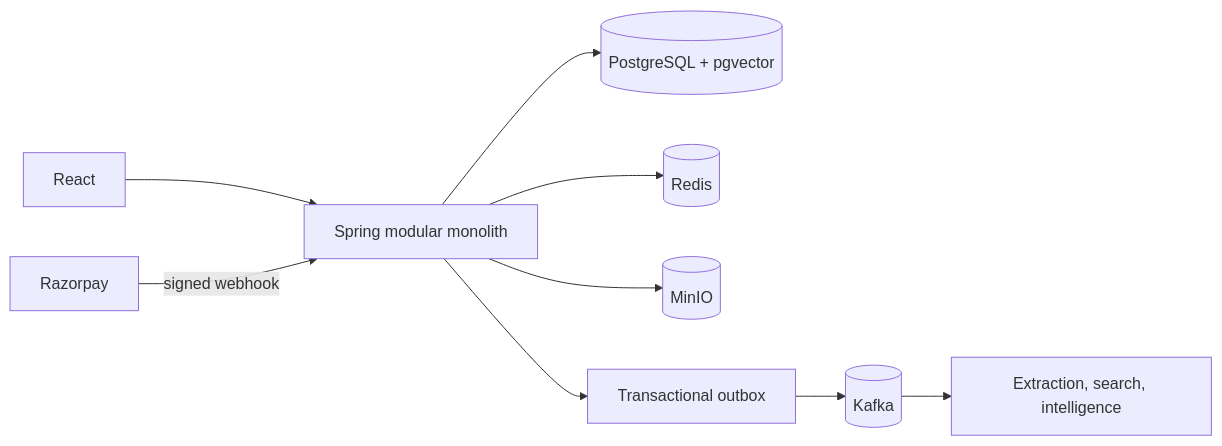
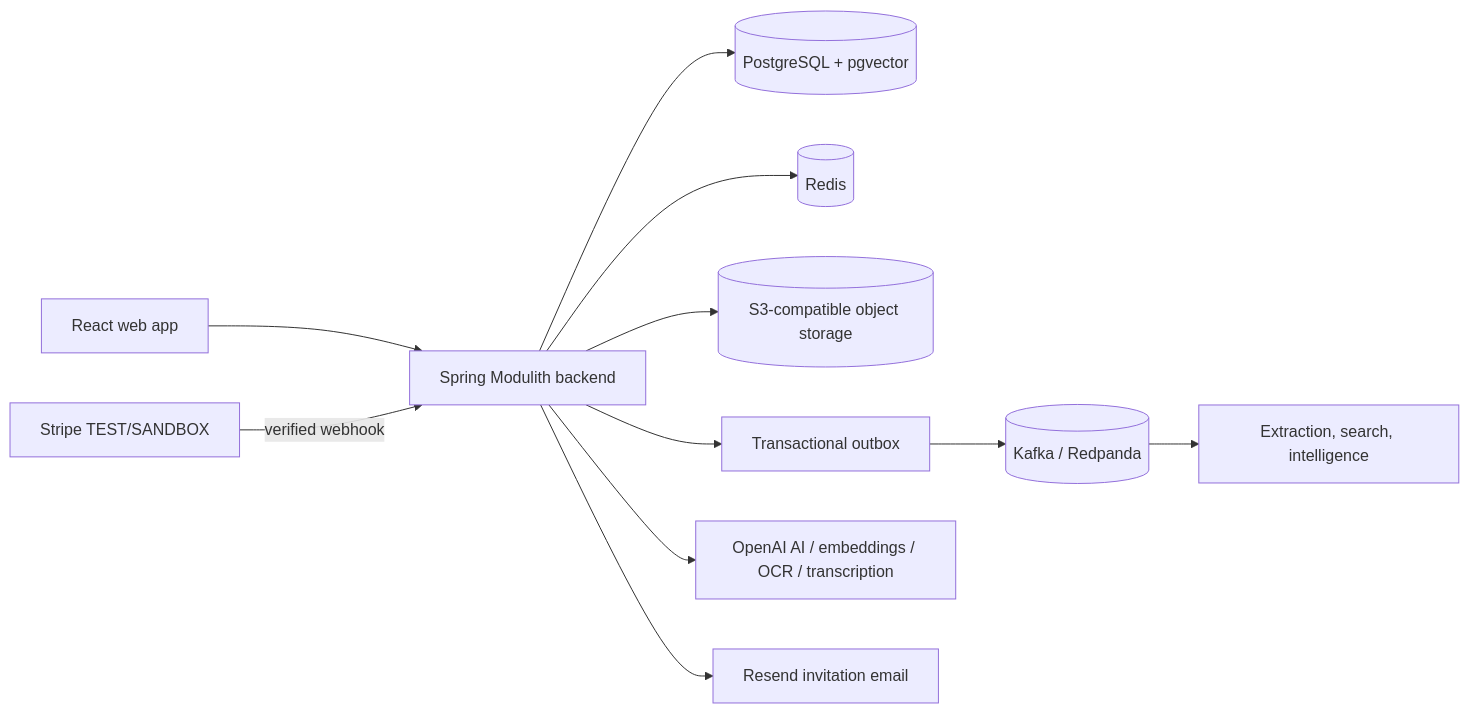
One commit to siddeshagrawal/AssetSphere changed the diagram in README.md. Above: the diagram before and after it, drawn with Mermaid. The commit also changed other lines of this file and 6 other files, not shown here.

````diff
--- a/README.md
+++ b/README.md
@@ -50,11 +49,13 @@
 ```mermaid
 flowchart LR
-  UI[React] --> API[Spring modular monolith]
+  UI[React web app] --> API[Spring Modulith backend]
   API --> PG[(PostgreSQL + pgvector)]
   API --> Redis[(Redis)]
-  API --> MinIO[(MinIO)]
+  API --> Storage[(S3-compatible object storage)]
   API --> Outbox[Transactional outbox]
-  Outbox --> Kafka[(Kafka)]
+  Outbox --> Kafka[(Kafka / Redpanda)]
   Kafka --> Workers[Extraction, search, intelligence]
-  Razorpay[Razorpay] -->|signed webhook| API
+  API --> OpenAI[OpenAI AI / embeddings / OCR / transcription]
+  Stripe[Stripe TEST/SANDBOX] -->|verified webhook| API
+  API --> Resend[Resend invitation email]
 ```
````
